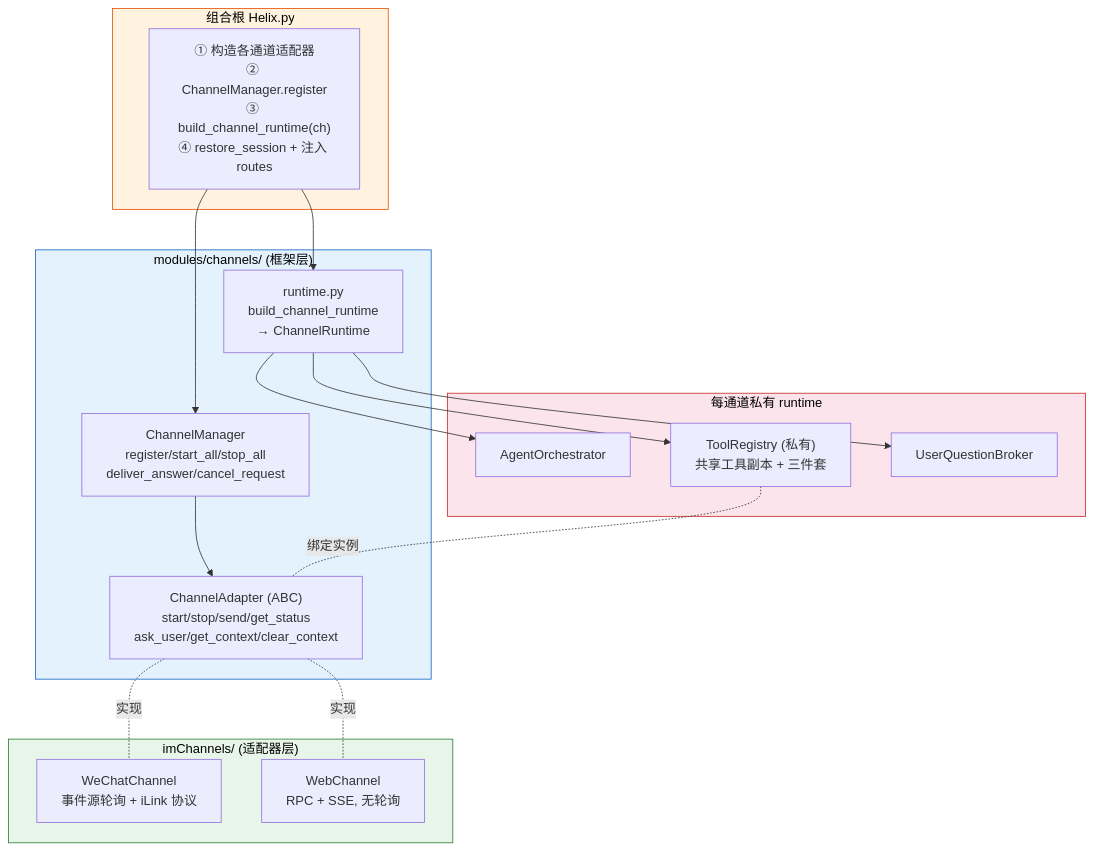
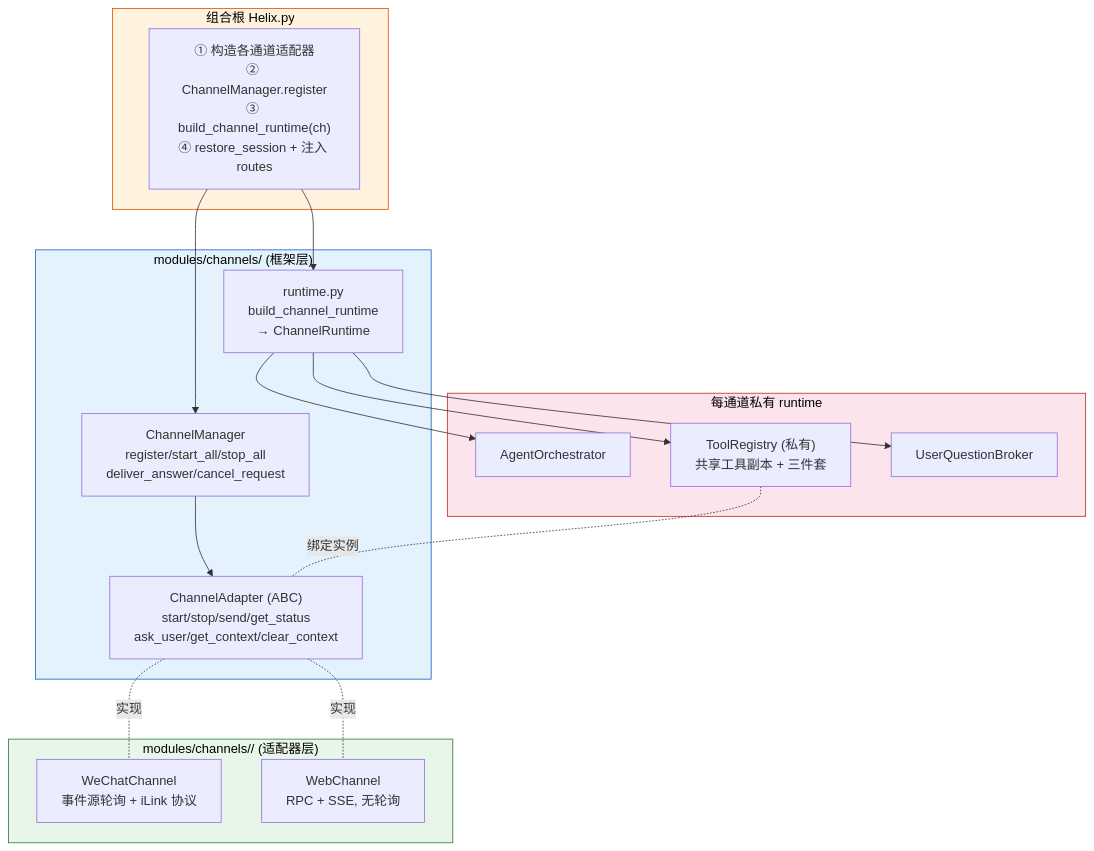
One commit to jimmylang74/Helix changed diagram 17 of 20 in design/design.md. Above: the diagram before and after it, drawn with Mermaid. The commit also changed other lines of this file and 16 other files, not shown here.

````diff
--- a/design/design.md
+++ b/design/design.md
@@ -1166,38 +1166,38 @@
 ```mermaid
 graph TB
     subgraph Composition["组合根 Helix.py"]
         ROOT["① 构造各通道适配器<br/>② ChannelManager.register<br/>③ build_channel_runtime(ch)<br/>④ restore_session + 注入 routes"]
     end
 
     subgraph Framework["modules/channels/ (框架层)"]
         MGR["ChannelManager<br/>register/start_all/stop_all<br/>deliver_answer/cancel_request"]
         BASE["ChannelAdapter (ABC)<br/>start/stop/send/get_status<br/>ask_user/get_context/clear_context"]
         RT["runtime.py<br/>build_channel_runtime<br/>→ ChannelRuntime"]
     end
 
-    subgraph Adapters["imChannels/ (适配器层)"]
+    subgraph Adapters["modules/channels/<type>/ (适配器层)"]
         WC["WeChatChannel<br/>事件源轮询 + iLink 协议"]
         WBC["WebChannel<br/>RPC + SSE, 无轮询"]
     end
 
     subgraph PerCh["每通道私有 runtime"]
         ORCH1["AgentOrchestrator"]
         TR1["ToolRegistry (私有)<br/>共享工具副本 + 三件套"]
         BRK["UserQuestionBroker"]
     end
 
     ROOT --> MGR
     ROOT --> RT
     MGR --> BASE
     BASE -.实现.- WC
     BASE -.实现.- WBC
     RT --> ORCH1
     RT --> TR1
     RT --> BRK
     TR1 -.绑定实例.- BASE
 
     style Composition fill:#fff3e0,stroke:#e65100,color:#000
     style Framework fill:#e3f2fd,stroke:#1565c0,color:#000
     style Adapters fill:#e8f5e9,stroke:#2e7d32,color:#000
     style PerCh fill:#fce4ec,stroke:#c62828,color:#000
 ```
````
